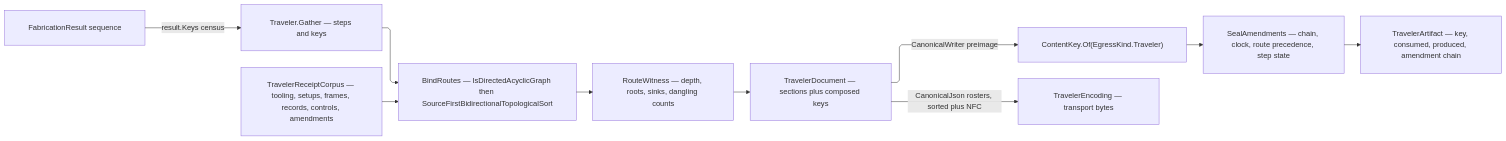
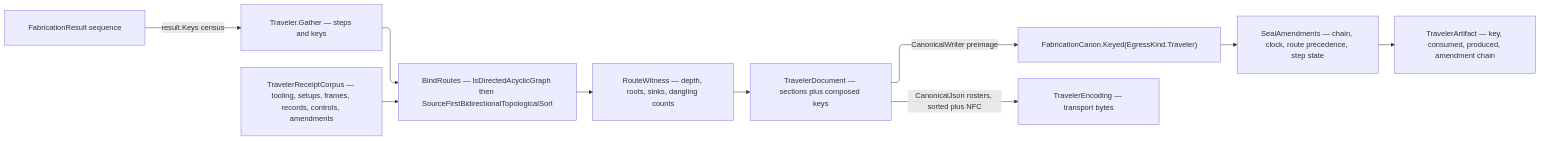
One commit to bsamiee/Rasm changed the diagram in libs/csharp/Rasm.Fabrication/.planning/Documentation/traveler.md. Above: the diagram before and after it, drawn with Mermaid. The commit also changed other lines of this file and 818 other files, not shown here.

````diff
--- a/libs/csharp/Rasm.Fabrication/.planning/Documentation/traveler.md
+++ b/libs/csharp/Rasm.Fabrication/.planning/Documentation/traveler.md
@@ -1102,21 +1142,21 @@
 ```mermaid
 ---
 config:
   layout: elk
   flowchart:
     curve: linear
     padding: 25
 ---
 flowchart LR
     accTitle: Traveler assembly
     accDescr: Fabrication results harvest their own key census and route steps, the route gates as a DAG and publishes its witness, the document keys over a canonical binary preimage, renders through the transport codec, and seals its amendment chain under route precedence.
     Results["FabricationResult sequence"] -->|"result.Keys census"| Gather["Traveler.Gather — steps and keys"]
     Corpus["TravelerReceiptCorpus — tooling, setups, frames, records, controls, amendments"] --> Bind
     Gather --> Bind["BindRoutes — IsDirectedAcyclicGraph then SourceFirstBidirectionalTopologicalSort"]
     Bind --> Witness["RouteWitness — depth, roots, sinks, dangling counts"]
     Witness --> Document["TravelerDocument — sections plus composed keys"]
-    Document -->|"CanonicalWriter preimage"| Key["ContentKey.Of(EgressKind.Traveler)"]
+    Document -->|"CanonicalWriter preimage"| Key["FabricationCanon.Keyed(EgressKind.Traveler)"]
     Document -->|"CanonicalJson rosters, sorted plus NFC"| Rendering["TravelerEncoding — transport bytes"]
     Key --> Seal["SealAmendments — chain, clock, route precedence, step state"]
     Seal --> Artifact["TravelerArtifact — key, consumed, produced, amendment chain"]
 ```
````
